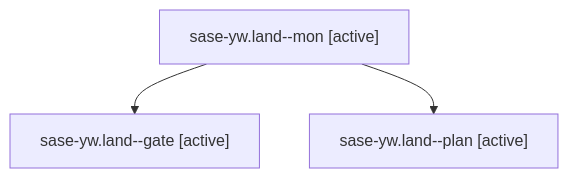
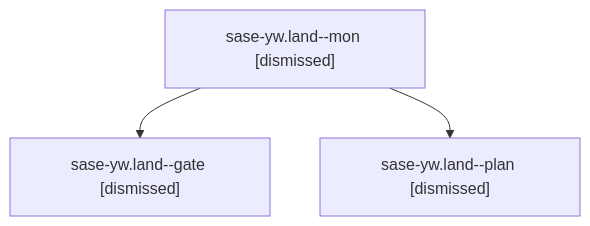
The diagram in sessions/bbugyi200.athena.sase-yw.land.md (sase-org/sase--agents), drawn with Mermaid before and after one commit. The commit also changed other lines of this file and 208 other files, not shown here.

````diff
--- a/sessions/bbugyi200.athena.sase-yw.land.md
+++ b/sessions/bbugyi200.athena.sase-yw.land.md
@@ -9,8 +9,8 @@
 ```mermaid
 flowchart TD
-  n0["sase-yw.land--mon [active]"]
-  n1["sase-yw.land--gate [active]"]
+  n0["sase-yw.land--mon [dismissed]"]
+  n1["sase-yw.land--gate [dismissed]"]
   n0 --> n1
-  n2["sase-yw.land--plan [active]"]
+  n2["sase-yw.land--plan [dismissed]"]
   n0 --> n2
 ```
````
